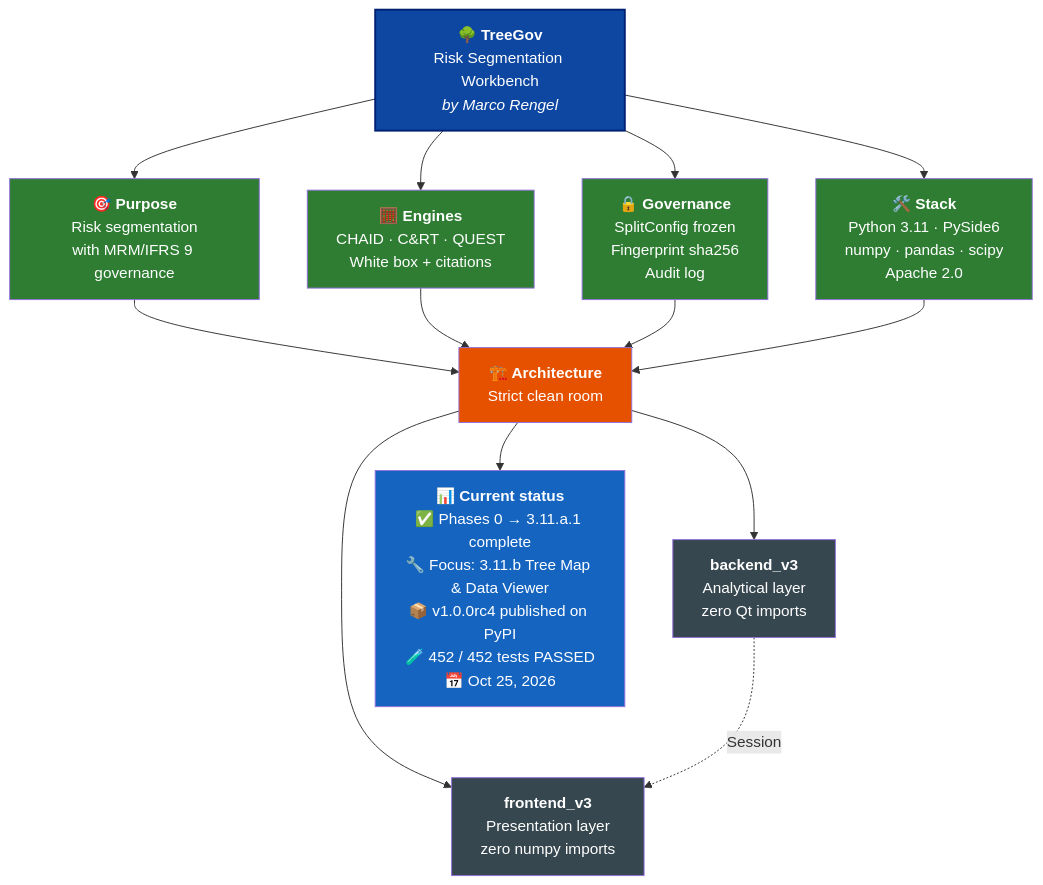
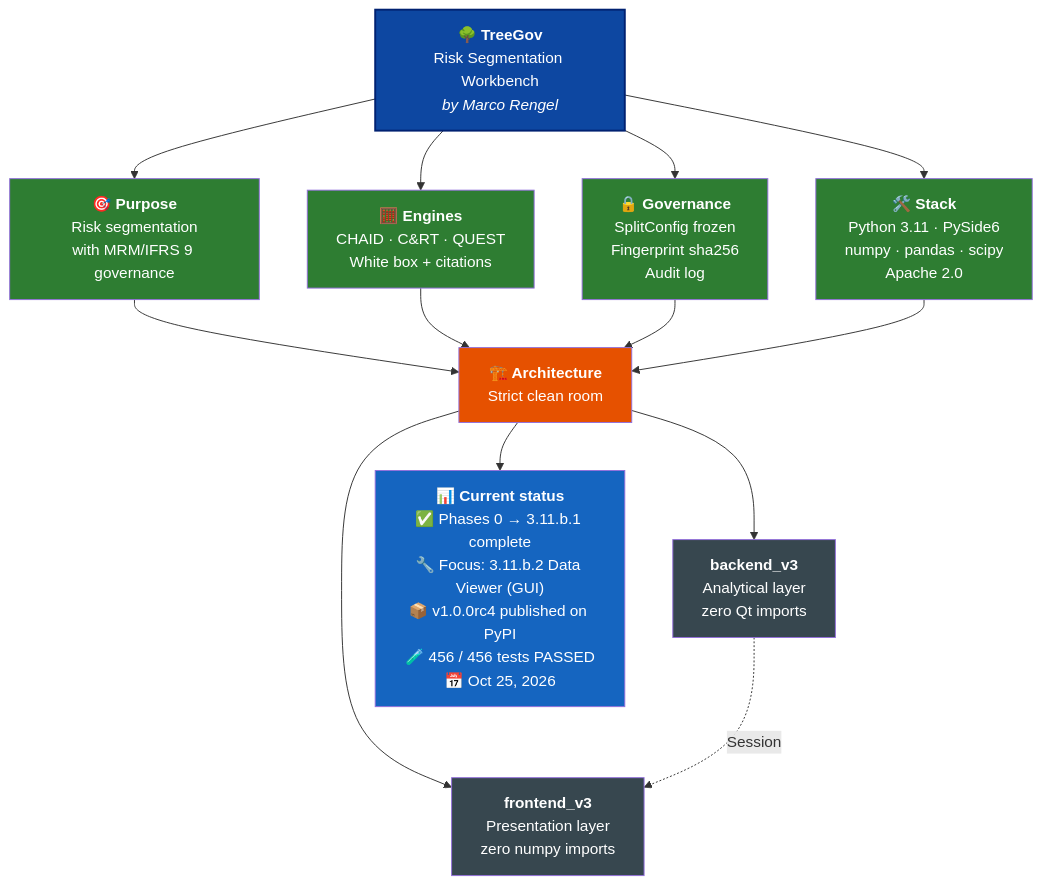
The diagram in README.md (Marco-Rengel/treegov), drawn with Mermaid before and after one commit. The commit also changed other lines of this file and 8 other files, not shown here.

Commit message:
docs(3.11.b.1): sync 8 documents for Data Viewer backend (456/456)

````diff
--- a/README.md
+++ b/README.md
@@ -38,31 +38,31 @@
 ```mermaid
 flowchart TB
     TG["<b>🌳 TreeGov</b><br/>Risk Segmentation Workbench<br/><i>by Marco Rengel</i>"]
 
     TG --> P["<b>🎯 Purpose</b><br/>Risk segmentation<br/>with MRM/IFRS 9 governance"]
     TG --> M["<b>🧮 Engines</b><br/>CHAID · C&RT · QUEST<br/>White box + citations"]
     TG --> G["<b>🔒 Governance</b><br/>SplitConfig frozen<br/>Fingerprint sha256<br/>Audit log"]
     TG --> S["<b>🛠️ Stack</b><br/>Python 3.11 · PySide6<br/>numpy · pandas · scipy<br/>Apache 2.0"]
 
     P --> ARQ["<b>🏗️ Architecture</b><br/>Strict clean room"]
     M --> ARQ
     G --> ARQ
     S --> ARQ
 
     ARQ --> BE["<b>backend_v3</b><br/>Analytical layer<br/>zero Qt imports"]
     ARQ --> FE["<b>frontend_v3</b><br/>Presentation layer<br/>zero numpy imports"]
 
     BE -.->|Session| FE
 
-    ARQ --> ST["<b>📊 Current status</b><br/>✅ Phases 0 → 3.11.a.1 complete<br/>🔧 Focus: 3.11.b Tree Map & Data Viewer<br/>📦 v1.0.0rc4 published on PyPI<br/>🧪 452 / 452 tests PASSED<br/>📅 Oct 25, 2026"]
+    ARQ --> ST["<b>📊 Current status</b><br/>✅ Phases 0 → 3.11.b.1 complete<br/>🔧 Focus: 3.11.b.2 Data Viewer (GUI)<br/>📦 v1.0.0rc4 published on PyPI<br/>🧪 456 / 456 tests PASSED<br/>📅 Oct 25, 2026"]
 
     style TG fill:#0D47A1,color:#fff,stroke:#002171,stroke-width:2px
     style P fill:#2E7D32,color:#fff
     style M fill:#2E7D32,color:#fff
     style G fill:#2E7D32,color:#fff
     style S fill:#2E7D32,color:#fff
     style ARQ fill:#E65100,color:#fff
     style BE fill:#37474F,color:#fff
     style FE fill:#37474F,color:#fff
     style ST fill:#1565C0,color:#fff
 ```
````
